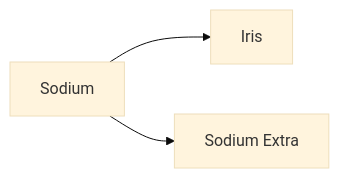
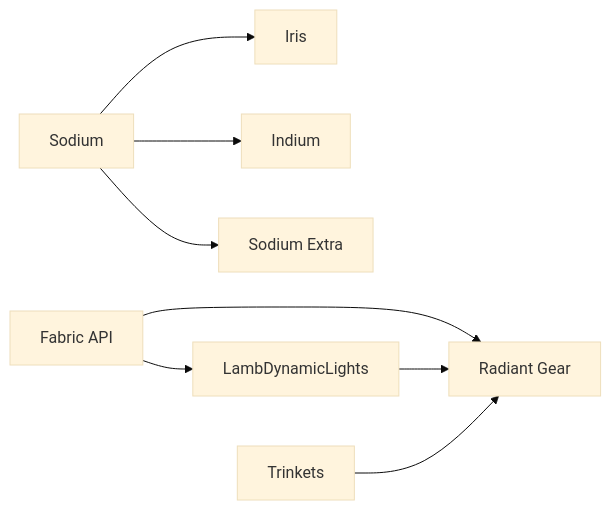
The diagram in docs/about/mod_table.md (modding-mc/modpack-heavens-descent), drawn with Mermaid (base theme) before and after one commit. The commit also changed other lines of this file and 11 other files, not shown here.

````diff
--- a/docs/about/mod_table.md
+++ b/docs/about/mod_table.md
@@ -12,5 +53,12 @@
 ```mermaid
 graph LR
     Sodium --> Iris
+    Sodium --> Indium
     Sodium --> Sodium_Extra[Sodium Extra]
+    
+    Fabric_API[Fabric API] --> LambDynamicLights
+    
+    Fabric_API --> Radiant_Gear
+    LambDynamicLights --> Radiant_Gear[Radiant Gear]
+    Trinkets --> Radiant_Gear
 ```
````
